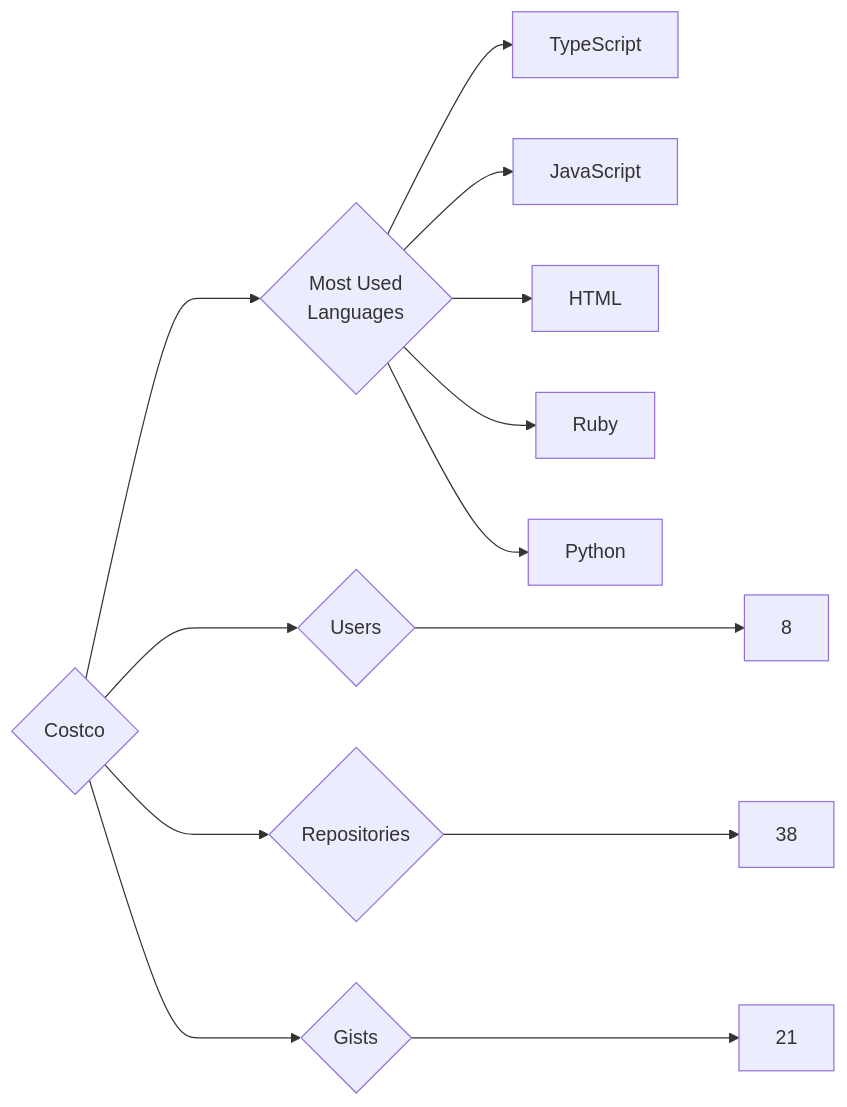
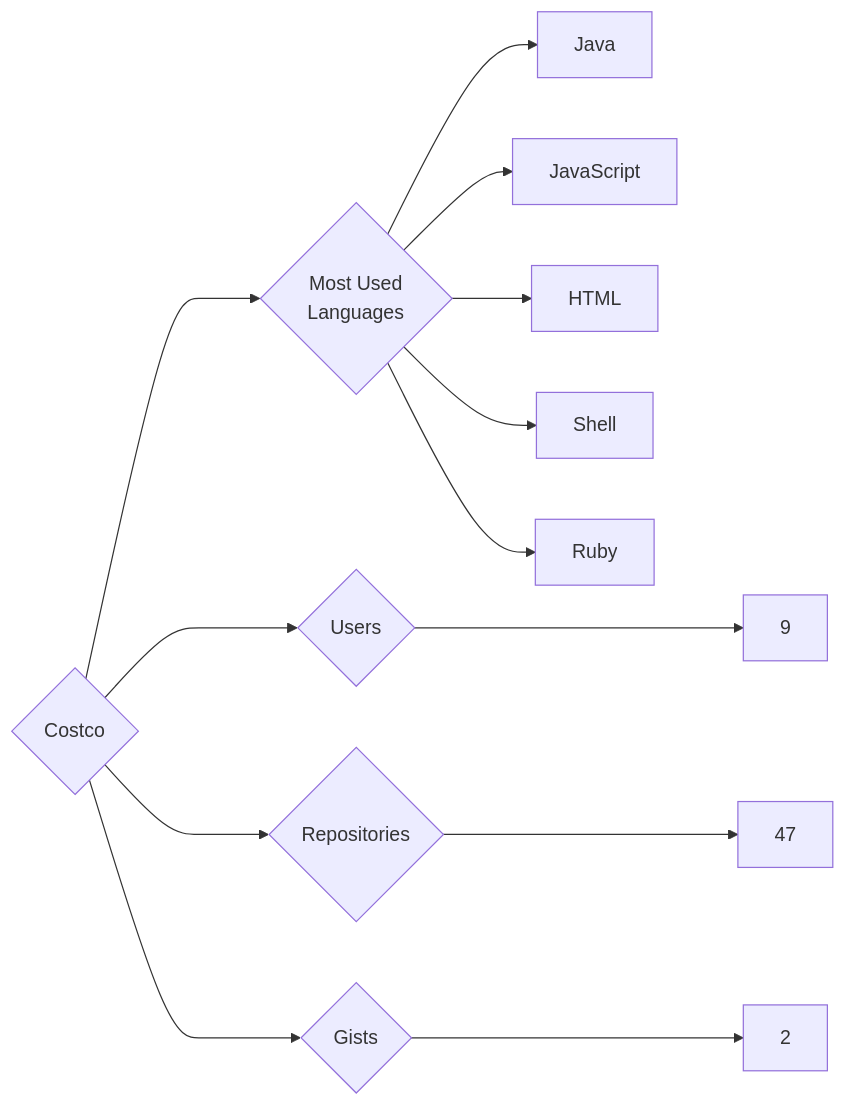
One commit to trickest/insiders changed the diagram in targets/Costco/README.md. Above: the diagram before and after it, drawn with Mermaid. The commit also changed 1238 other files, not shown here.

````diff
--- a/targets/Costco/README.md
+++ b/targets/Costco/README.md
@@ -3,13 +3,13 @@
 ```mermaid
 graph LR
 COMPANY_NAME{Costco}
-COMPANY_NAME ---> U{Users} ---> UN[8]
-COMPANY_NAME ---> R{Repositories} ---> RN[38]
-COMPANY_NAME ---> G{Gists} ---> GN[21]
+COMPANY_NAME ---> U{Users} ---> UN[9]
+COMPANY_NAME ---> R{Repositories} ---> RN[47]
+COMPANY_NAME ---> G{Gists} ---> GN[2]
 COMPANY_NAME ---> ML{Most Used<br>Languages}
-ML --> TypeScript[TypeScript]
+ML --> Java[Java]
 ML --> JavaScript[JavaScript]
 ML --> HTML[HTML]
+ML --> Shell[Shell]
 ML --> Ruby[Ruby]
-ML --> Python[Python]
 ```
````
